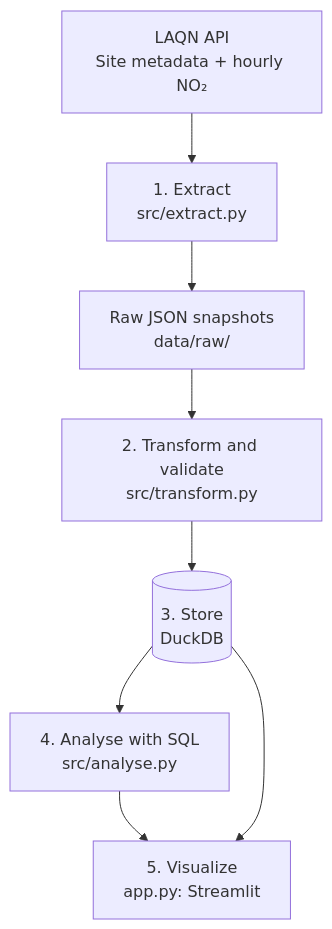
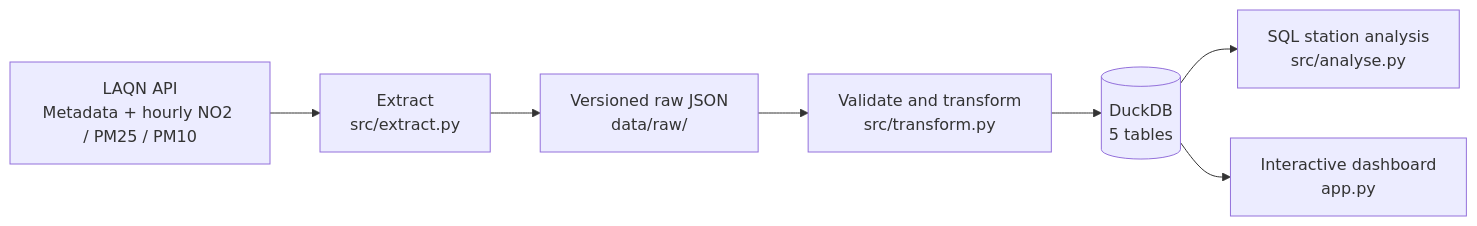
Before and after one commit to parvathysn10/AirLens-London: the second of 4 diagrams in README.md, drawn with Mermaid. The commit also changed other lines of this file, not shown here.

Commit message:
Document multi-pollutant pipeline and dashboard

````diff
--- a/README.md
+++ b/README.md
@@ -104,14 +105,13 @@
 ```mermaid
-flowchart TD
-    A["LAQN API<br/>Site metadata + hourly NO₂"]
-    B["1. Extract<br/>src/extract.py"]
-    C["Raw JSON snapshots<br/>data/raw/"]
-    D["2. Transform and validate<br/>src/transform.py"]
-    E[("3. Store<br/>DuckDB")]
-    F["4. Analyse with SQL<br/>src/analyse.py"]
-    G["5. Visualize<br/>app.py: Streamlit"]
-
+flowchart LR
+    A["LAQN API<br/>Metadata + hourly NO2 / PM25 / PM10"]
+    B["Extract<br/>src/extract.py"]
+    C["Versioned raw JSON<br/>data/raw/"]
+    D["Validate and transform<br/>src/transform.py"]
+    E[("DuckDB<br/>5 tables")]
+    F["SQL station analysis<br/>src/analyse.py"]
+    G["Interactive dashboard<br/>app.py"]
     A --> B --> C --> D --> E
-    E --> F --> G
+    E --> F
     E --> G
 ```
````
